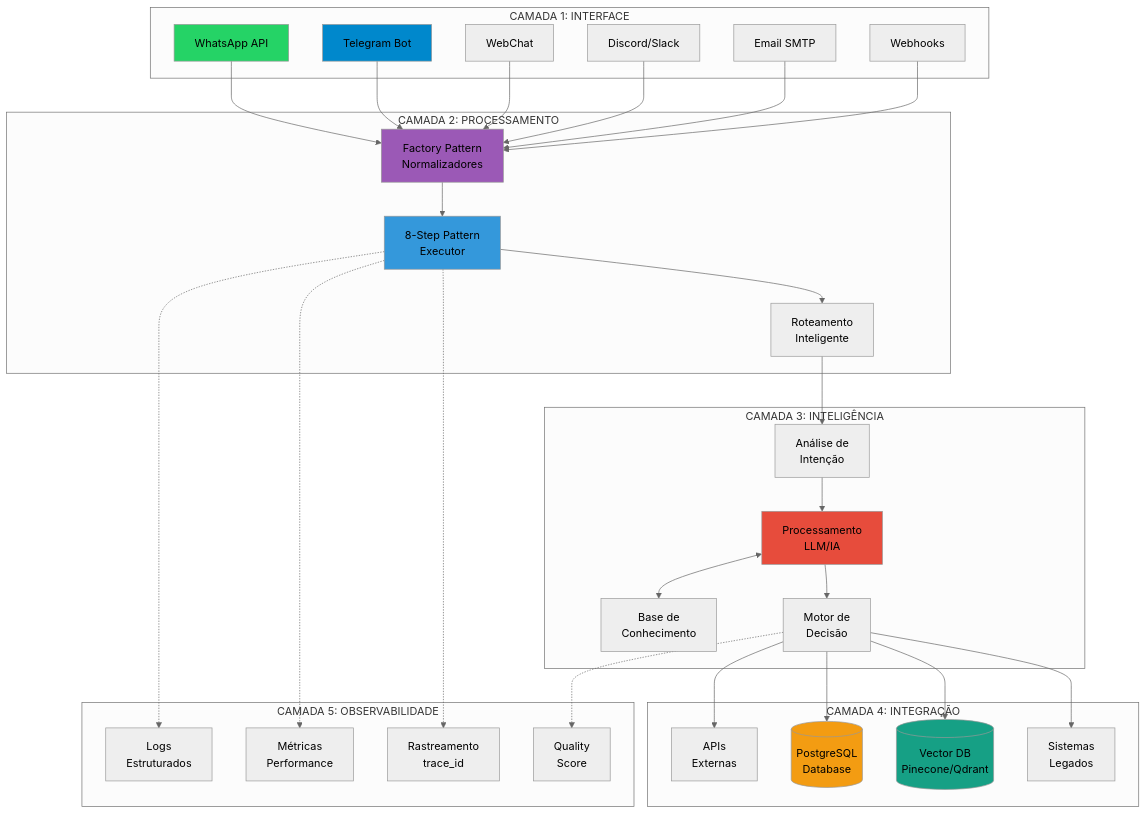
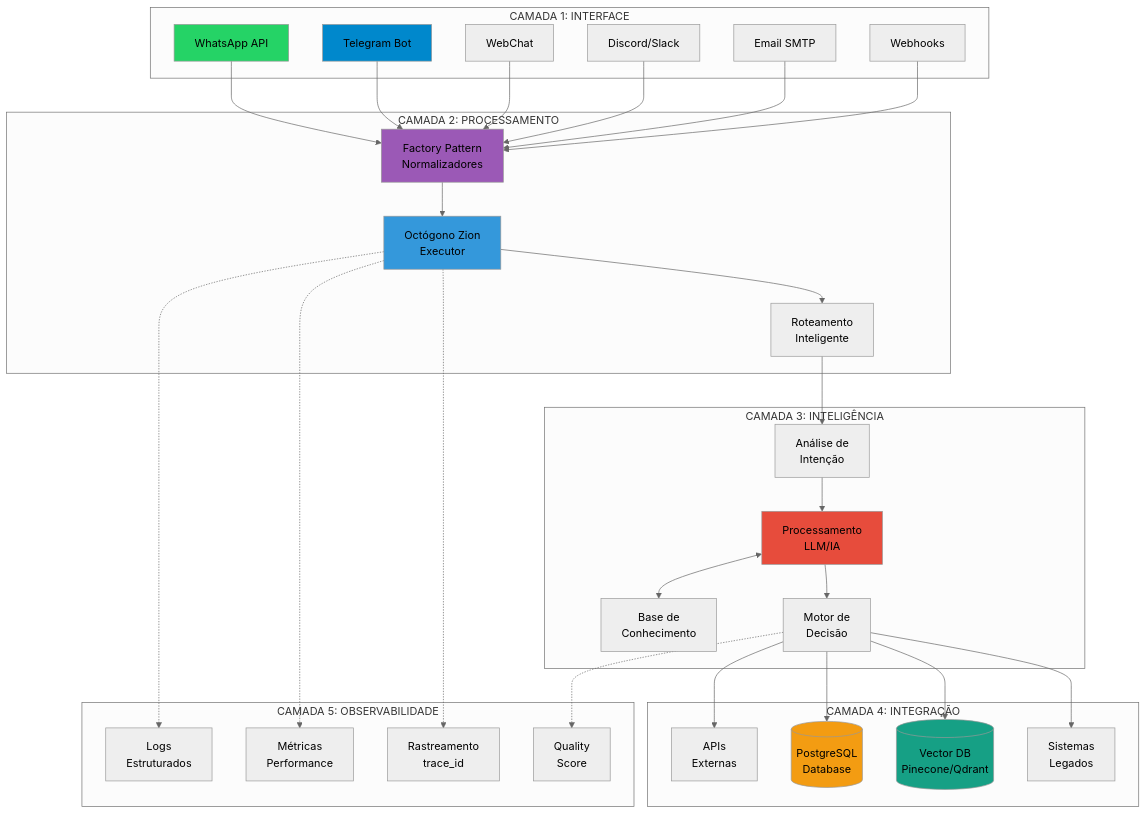
One commit to Bitfy-AI/documentacao changed the first of 10 diagrams in protocolo/ARQUITETURA-MERMAID.md. Above: the diagram before and after it, drawn with Mermaid (neutral theme). The commit also changed other lines of this file and 20 other files, not shown here.

````diff
--- a/protocolo/ARQUITETURA-MERMAID.md
+++ b/protocolo/ARQUITETURA-MERMAID.md
@@ -5,60 +5,60 @@
 ```mermaid
 graph TB
     subgraph "CAMADA 1: INTERFACE"
         WA[WhatsApp API]
         TG[Telegram Bot]
         WC[WebChat]
         DC[Discord/Slack]
         EM[Email SMTP]
         WH[Webhooks]
     end
 
     subgraph "CAMADA 2: PROCESSAMENTO"
         FAC[Factory Pattern<br/>Normalizadores]
-        STEP[8-Step Pattern<br/>Executor]
+        STEP[Octógono Zion<br/>Executor]
         RT[Roteamento<br/>Inteligente]
     end
 
     subgraph "CAMADA 3: INTELIGÊNCIA"
         INT[Análise de<br/>Intenção]
         LLM[Processamento<br/>LLM/IA]
         KB[Base de<br/>Conhecimento]
         DEC[Motor de<br/>Decisão]
     end
 
     subgraph "CAMADA 4: INTEGRAÇÃO"
         API[APIs<br/>Externas]
         DB[(PostgreSQL<br/>Database)]
         VDB[(Vector DB<br/>Pinecone/Qdrant)]
         LEG[Sistemas<br/>Legados]
     end
 
     subgraph "CAMADA 5: OBSERVABILIDADE"
         LOG[Logs<br/>Estruturados]
         MET[Métricas<br/>Performance]
         TRC[Rastreamento<br/>trace_id]
         QLT[Quality<br/>Score]
     end
 
     WA & TG & WC & DC & EM & WH --> FAC
     FAC --> STEP
     STEP --> RT
     RT --> INT
     INT --> LLM
     LLM <--> KB
     LLM --> DEC
     DEC --> API & DB & VDB & LEG
 
     STEP -.-> LOG
     STEP -.-> MET
     STEP -.-> TRC
     DEC -.-> QLT
 
     style WA fill:#25D366
     style TG fill:#0088cc
     style FAC fill:#9B59B6
     style STEP fill:#3498DB
     style LLM fill:#E74C3C
     style DB fill:#F39C12
     style VDB fill:#16A085
 ```
````
